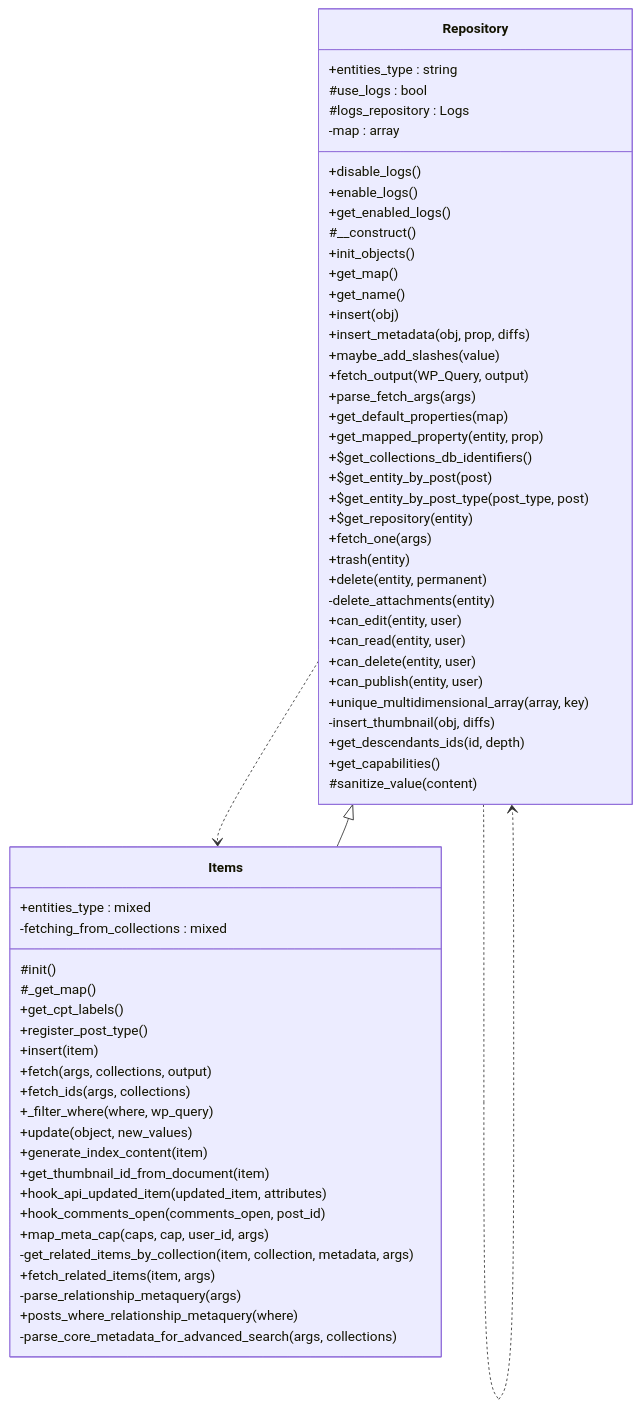
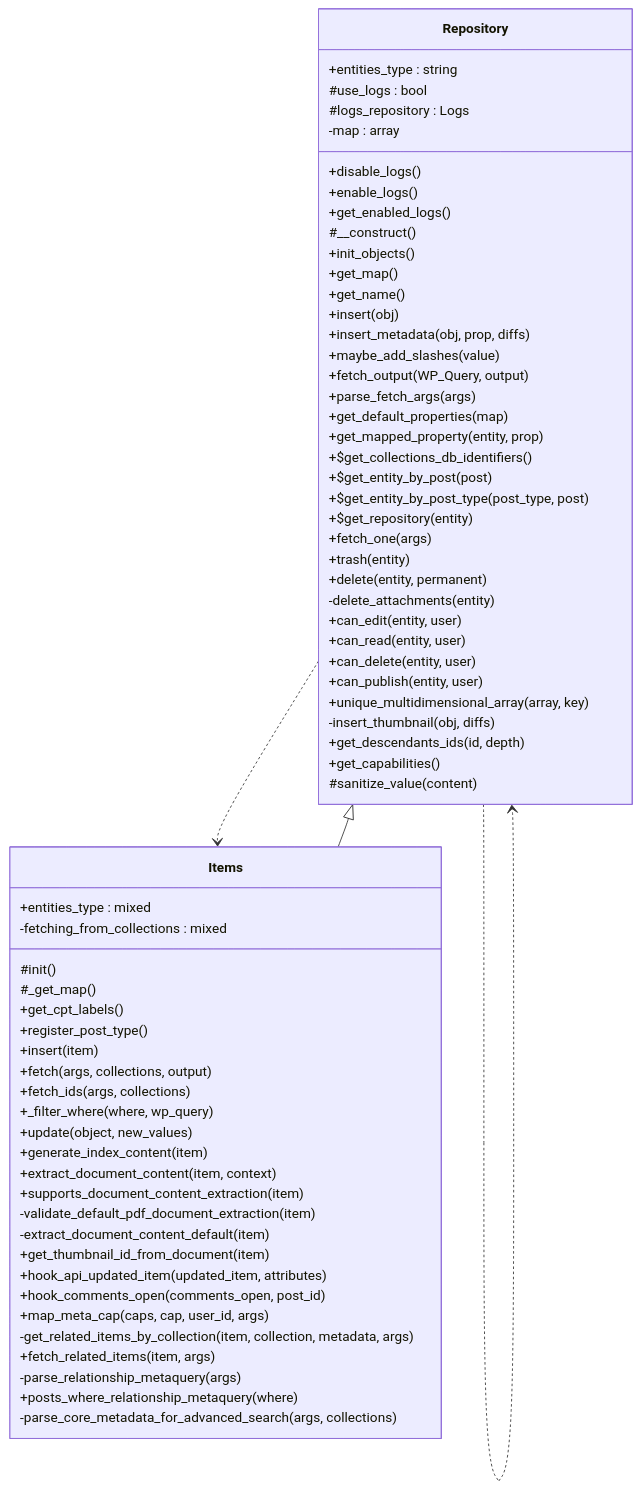
The diagram in docs/phpdoc/classes/Tainacan/Repositories/Items.mmd (tainacan/tainacan), drawn with Mermaid before and after one commit. The commit also changed 79 other files, not shown here.

First line of the commit message:
docs: Updates docs including filters description for tainacan_extract_document_content.

```diff
--- a/docs/phpdoc/classes/Tainacan/Repositories/Items.mmd
+++ b/docs/phpdoc/classes/Tainacan/Repositories/Items.mmd
@@ -1,65 +1,69 @@
 classDiagram
     direction TB
+    class Items {
+        +entities_type : mixed
+        -fetching_from_collections : mixed
+        #init()
+        #_get_map()
+        +get_cpt_labels()
+        +register_post_type()
+        +insert(item)
+        +fetch(args, collections, output)
+        +fetch_ids(args, collections)
+        +_filter_where(where, wp_query)
+        +update(object, new_values)
+        +generate_index_content(item)
+        +extract_document_content(item, context)
+        +supports_document_content_extraction(item)
+        -validate_default_pdf_document_extraction(item)
+        -extract_document_content_default(item)
+        +get_thumbnail_id_from_document(item)
+        +hook_api_updated_item(updated_item, attributes)
+        +hook_comments_open(comments_open, post_id)
+        +map_meta_cap(caps, cap, user_id, args)
+        -get_related_items_by_collection(item, collection, metadata, args)
+        +fetch_related_items(item, args)
+        -parse_relationship_metaquery(args)
+        +posts_where_relationship_metaquery(where)
+        -parse_core_metadata_for_advanced_search(args, collections)
+    }
     class Repository {
         +entities_type : string
         #use_logs : bool
         #logs_repository : Logs
         -map : array
         +disable_logs()
         +enable_logs()
         +get_enabled_logs()
         #__construct()
         +init_objects()
         +get_map()
         +get_name()
         +insert(obj)
         +insert_metadata(obj, prop, diffs)
         +maybe_add_slashes(value)
         +fetch_output(WP_Query, output)
         +parse_fetch_args(args)
         +get_default_properties(map)
         +get_mapped_property(entity, prop)
         +$get_collections_db_identifiers()
         +$get_entity_by_post(post)
         +$get_entity_by_post_type(post_type, post)
         +$get_repository(entity)
         +fetch_one(args)
         +trash(entity)
         +delete(entity, permanent)
         -delete_attachments(entity)
         +can_edit(entity, user)
         +can_read(entity, user)
         +can_delete(entity, user)
         +can_publish(entity, user)
         +unique_multidimensional_array(array, key)
         -insert_thumbnail(obj, diffs)
         +get_descendants_ids(id, depth)
         +get_capabilities()
         #sanitize_value(content)
     }
-    class Items {
-        +entities_type : mixed
-        -fetching_from_collections : mixed
-        #init()
-        #_get_map()
-        +get_cpt_labels()
-        +register_post_type()
-        +insert(item)
-        +fetch(args, collections, output)
-        +fetch_ids(args, collections)
-        +_filter_where(where, wp_query)
-        +update(object, new_values)
-        +generate_index_content(item)
-        +get_thumbnail_id_from_document(item)
-        +hook_api_updated_item(updated_item, attributes)
-        +hook_comments_open(comments_open, post_id)
-        +map_meta_cap(caps, cap, user_id, args)
-        -get_related_items_by_collection(item, collection, metadata, args)
-        +fetch_related_items(item, args)
-        -parse_relationship_metaquery(args)
-        +posts_where_relationship_metaquery(where)
-        -parse_core_metadata_for_advanced_search(args, collections)
-    }
     Repository ..> Items
     Repository ..> Repository
     Repository <|-- Items
```
